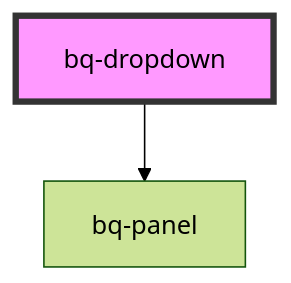
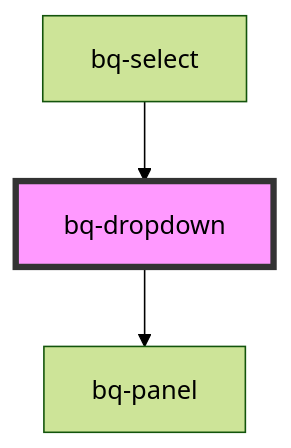
The diagram in packages/bee-q/src/components/dropdown/readme.md (Endava/BEEQ), drawn with Mermaid (forest theme) before and after one commit. The commit also changed other lines of this file and 4 other files, not shown here.

````diff
--- a/packages/bee-q/src/components/dropdown/readme.md
+++ b/packages/bee-q/src/components/dropdown/readme.md
@@ -39,5 +43,6 @@
 ```mermaid
 graph TD;
   bq-dropdown --> bq-panel
+  bq-select --> bq-dropdown
   style bq-dropdown fill:#f9f,stroke:#333,stroke-width:4px
 ```
````
